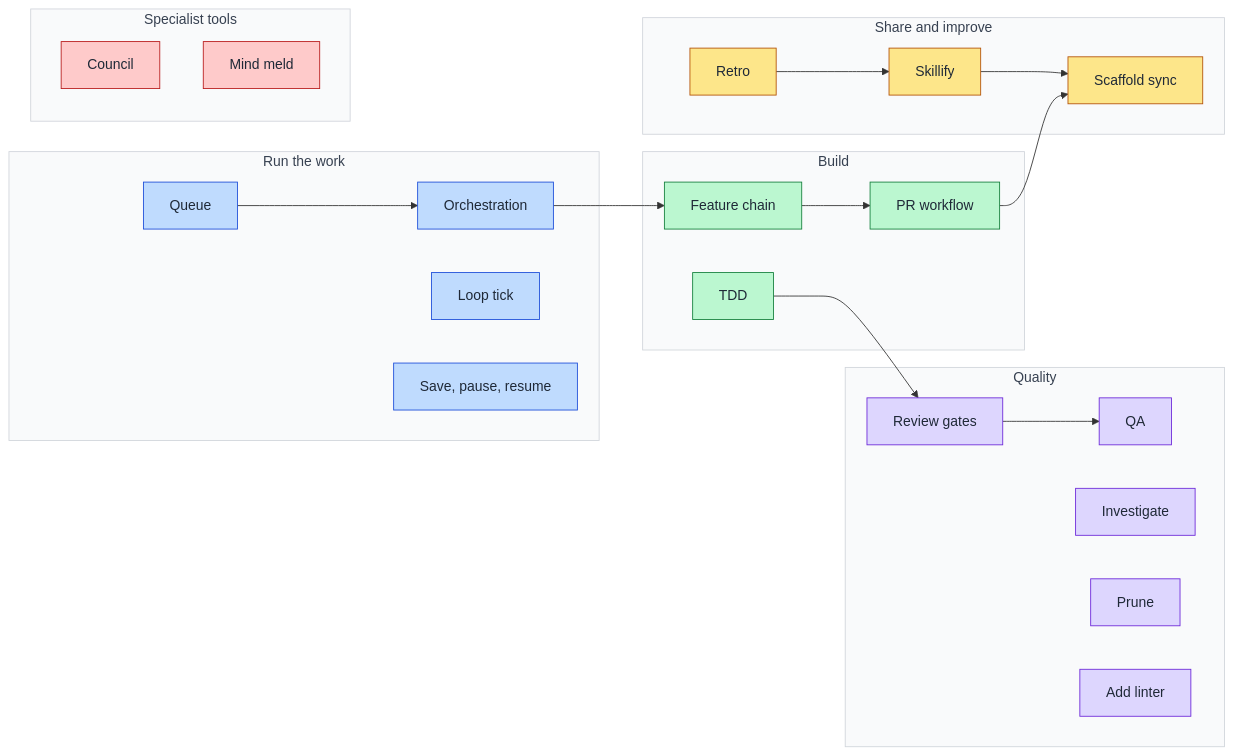
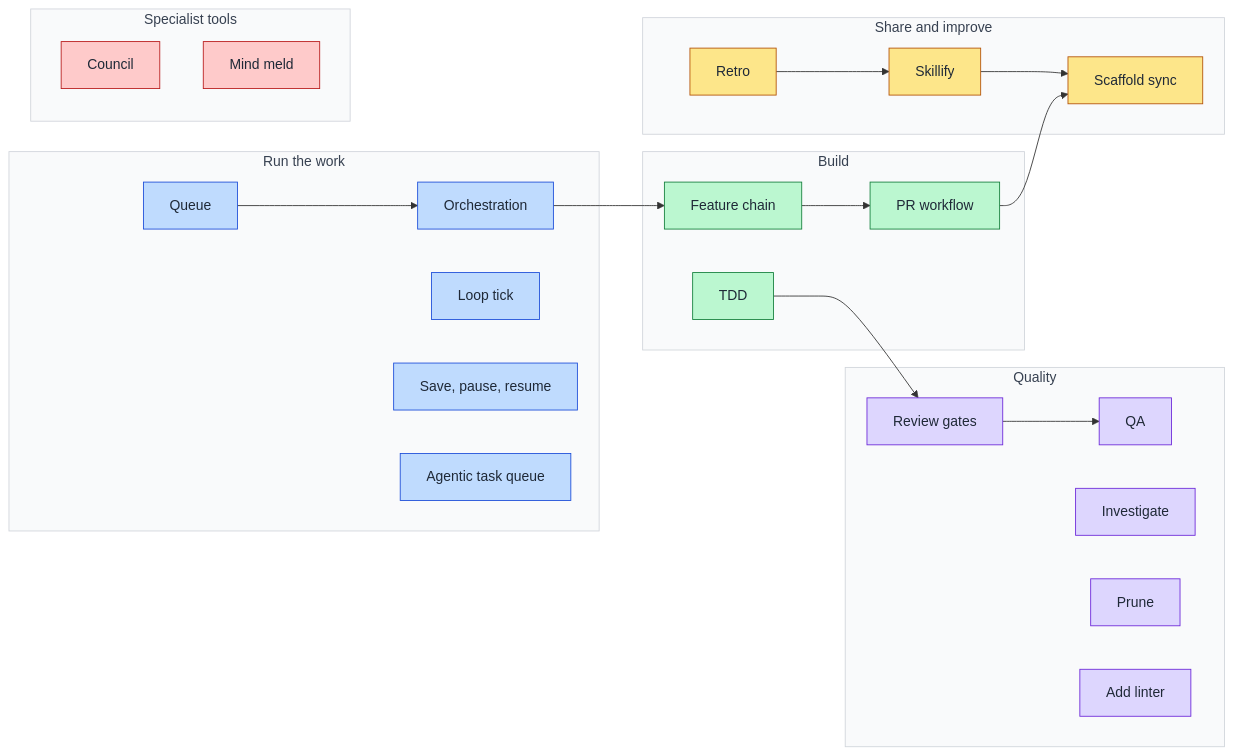
Before and after one commit to victusfate/scaffold: the diagram in docs/diagrams/pages/system-map.md, drawn with Mermaid. The commit also changed other lines of this file and 69 other files, not shown here.

First line of the commit message:
feat(diagrams): check each page's claims and code against the repo

````diff
--- a/docs/diagrams/pages/system-map.md
+++ b/docs/diagrams/pages/system-map.md
@@ -5,53 +5,54 @@
 ```mermaid
 flowchart LR
   subgraph l_run["Run the work"]
     n_orchestration["Orchestration"]
     n_queue["Queue"]
     n_loop["Loop tick"]
     n_continuity["Save, pause, resume"]
+    n_taskqueue["Agentic task queue"]
   end
   subgraph l_build["Build"]
     n_feature["Feature chain"]
     n_tdd["TDD"]
     n_pr["PR workflow"]
   end
   subgraph l_quality["Quality"]
     n_gates["Review gates"]
     n_qa["QA"]
     n_investigate["Investigate"]
     n_prune["Prune"]
     n_linter["Add linter"]
   end
   subgraph l_share["Share and improve"]
     n_sync["Scaffold sync"]
     n_skillify["Skillify"]
     n_retro["Retro"]
   end
   subgraph l_tools["Specialist tools"]
     n_council["Council"]
     n_mindmeld["Mind meld"]
   end
   n_queue --> n_orchestration
   n_orchestration --> n_feature
   n_feature --> n_pr
   n_pr --> n_sync
   n_tdd --> n_gates
   n_gates --> n_qa
   n_retro --> n_skillify
   n_skillify --> n_sync
   classDef lane0 fill:#bfdbfe,stroke:#1d4ed8,color:#1f2937
   classDef lane1 fill:#bbf7d0,stroke:#15803d,color:#1f2937
   classDef lane2 fill:#ddd6fe,stroke:#6d28d9,color:#1f2937
   classDef lane3 fill:#fde68a,stroke:#b45309,color:#1f2937
   classDef lane4 fill:#fecaca,stroke:#b91c1c,color:#1f2937
-  class n_orchestration,n_queue,n_loop,n_continuity lane0
+  class n_orchestration,n_queue,n_loop,n_continuity,n_taskqueue lane0
   class n_feature,n_tdd,n_pr lane1
   class n_gates,n_qa,n_investigate,n_prune,n_linter lane2
   class n_sync,n_skillify,n_retro lane3
   class n_council,n_mindmeld lane4
   style l_run fill:#f9fafb,stroke:#d1d5db,color:#374151
   style l_build fill:#f9fafb,stroke:#d1d5db,color:#374151
   style l_quality fill:#f9fafb,stroke:#d1d5db,color:#374151
   style l_share fill:#f9fafb,stroke:#d1d5db,color:#374151
   style l_tools fill:#f9fafb,stroke:#d1d5db,color:#374151
 ```
````
